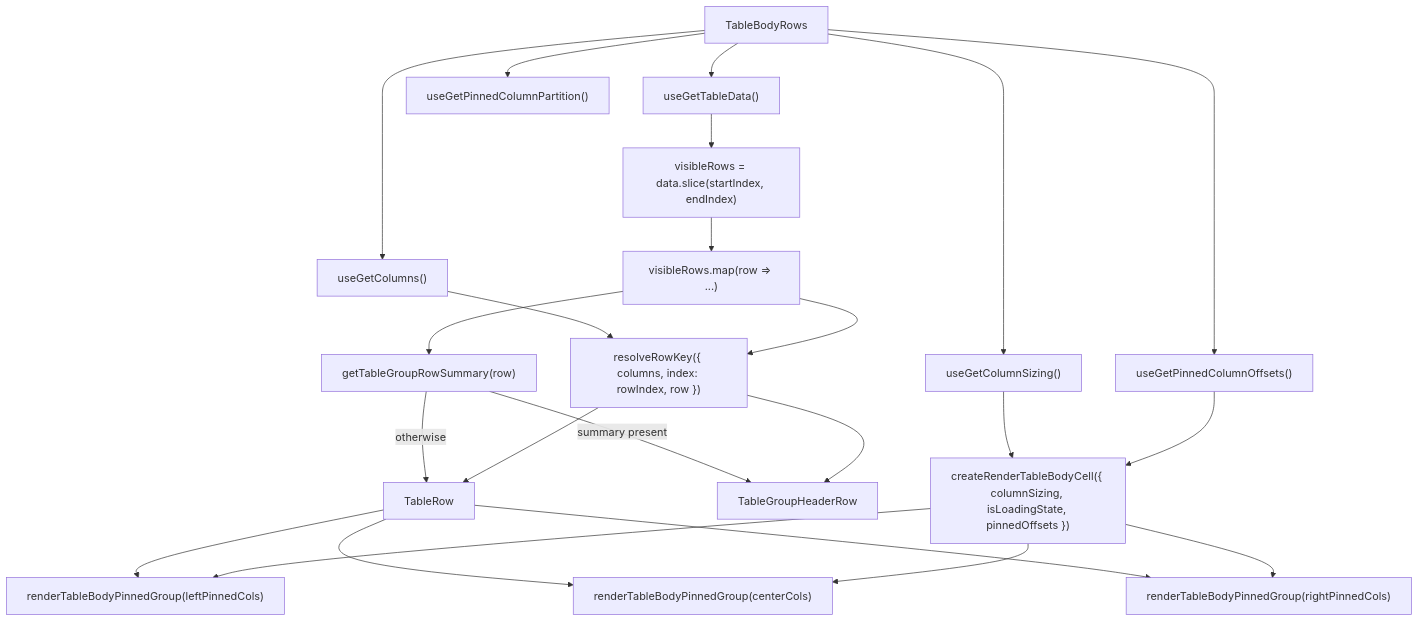
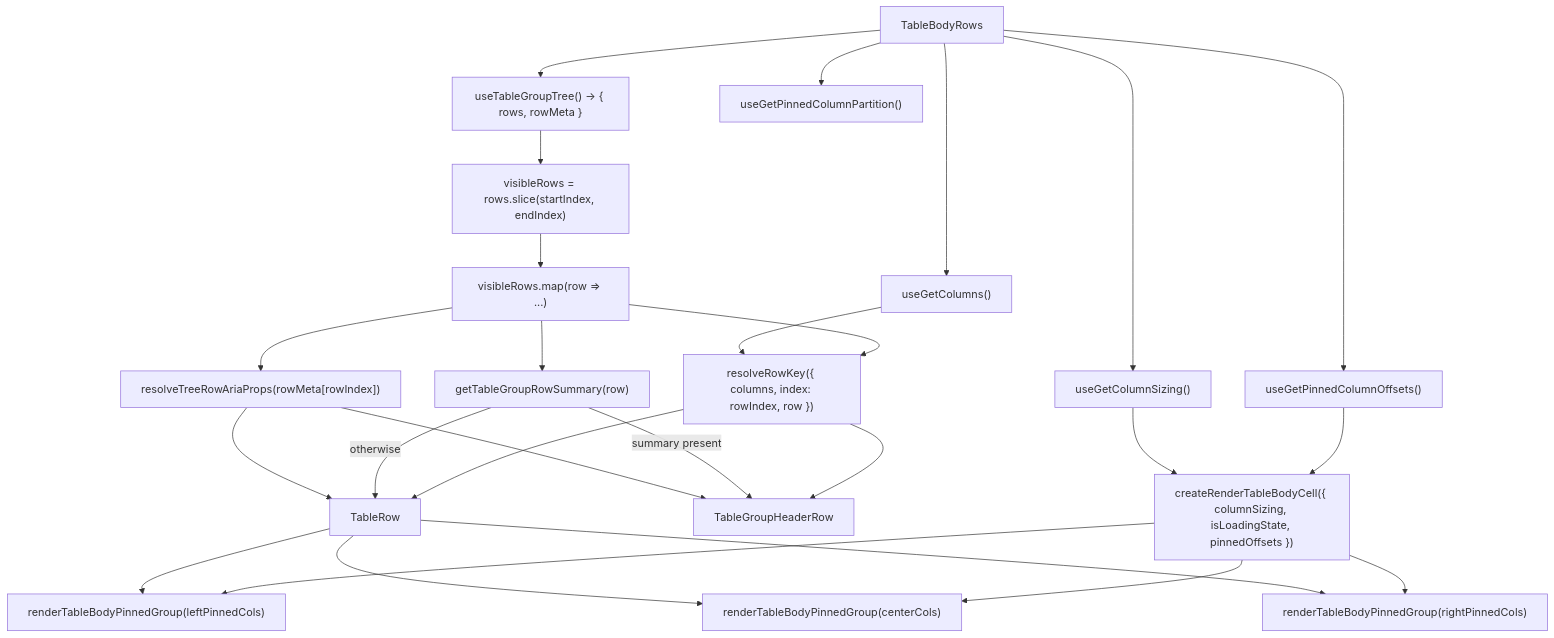
One commit to luciocabrera/lcabrera-stack changed the diagram in packages/ui/src/components/Table/TableBodyRows/ARCHITECTURE.md. Above: the diagram before and after it, drawn with Mermaid. The commit also changed other lines of this file and 62 other files, not shown here.

````diff
--- a/packages/ui/src/components/Table/TableBodyRows/ARCHITECTURE.md
+++ b/packages/ui/src/components/Table/TableBodyRows/ARCHITECTURE.md
@@ -48,27 +54,30 @@
 ```mermaid
 graph TD
-  TBR["TableBodyRows"] --> data["useGetTableData()"]
+  TBR["TableBodyRows"] --> data["useTableGroupTree() → { rows, rowMeta }"]
   TBR --> COL["useGetColumns()"]
   TBR --> CG["useGetPinnedColumnPartition()"]
   TBR --> CS["useGetColumnSizing()"]
   TBR --> PO["useGetPinnedColumnOffsets()"]
 
-  data --> slice["visibleRows = data.slice(startIndex, endIndex)"]
+  data --> slice["visibleRows = rows.slice(startIndex, endIndex)"]
   CS --> renderer["createRenderTableBodyCell({ columnSizing, isLoadingState, pinnedOffsets })"]
   PO --> renderer
 
   slice --> map["visibleRows.map(row => ...)"]
   COL --> key["resolveRowKey({ columns, index: rowIndex, row })"]
   map --> key
+  map --> tree["resolveTreeRowAriaProps(rowMeta[rowIndex])"]
   map --> summary["getTableGroupRowSummary(row)"]
+  tree --> GH
+  tree --> TR
   summary -->|"summary present"| GH["TableGroupHeaderRow"]
   summary -->|"otherwise"| TR["TableRow"]
   key --> GH
   key --> TR
   TR --> left["renderTableBodyPinnedGroup(leftPinnedCols)"]
   TR --> center["renderTableBodyPinnedGroup(centerCols)"]
   TR --> right["renderTableBodyPinnedGroup(rightPinnedCols)"]
   renderer --> left
   renderer --> center
   renderer --> right
 ```
````
